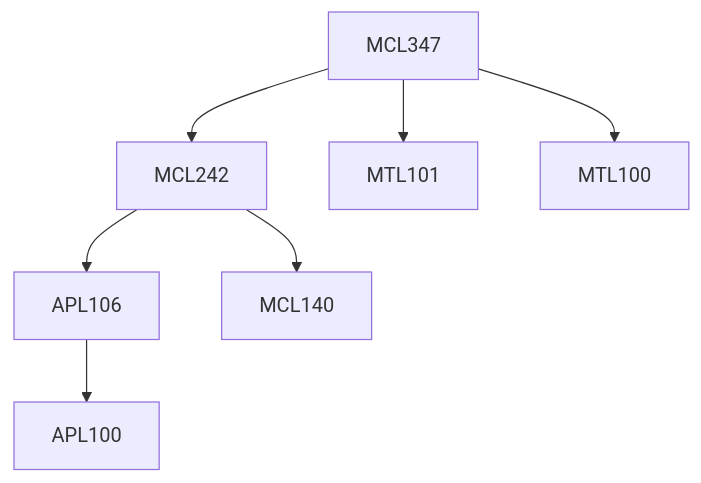
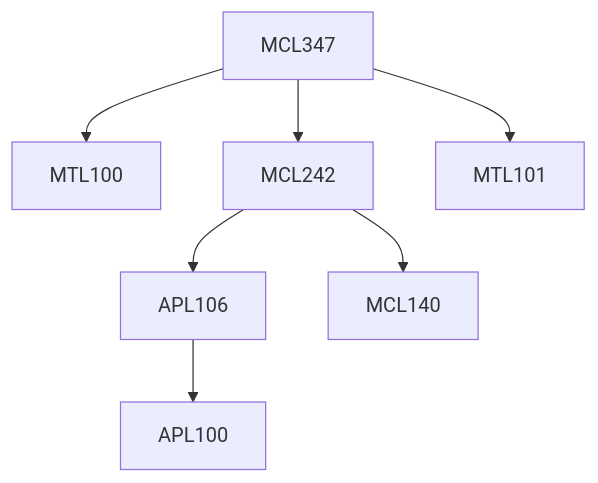
The diagram in content/Mechanical Engineering/MCL347.md (KeshavBansal0122/CoS_Website), drawn with Mermaid before and after one commit. The commit also changed other lines of this file and 2667 other files, not shown here.

````diff
--- a/content/Mechanical Engineering/MCL347.md
+++ b/content/Mechanical Engineering/MCL347.md
@@ -17,13 +15,13 @@
 ```mermaid
 flowchart TD
-MCL347-266[MCL347]
-MCL347-266 --> MCL242-266[MCL242]
-MCL347-266 --> MTL101-266[MTL101]
-MCL242-266 --> APL106-266[APL106]
-MCL242-266 --> MCL140-266[MCL140]
-MCL347-266 --> MTL100-266[MTL100]
-APL106-266 --> APL100-266[APL100]
+MCL347-457[MCL347]
+MCL347-457 --> MTL100-457[MTL100]
+MCL242-457 --> APL106-457[APL106]
+MCL347-457 --> MCL242-457[MCL242]
+MCL347-457 --> MTL101-457[MTL101]
+APL106-457 --> APL100-457[APL100]
+MCL242-457 --> MCL140-457[MCL140]
 
 classDef empty height:17px, fill:transparent, stroke:transparent;
 classDef trueEmpty height:0px, width:0px;
 ```
````
